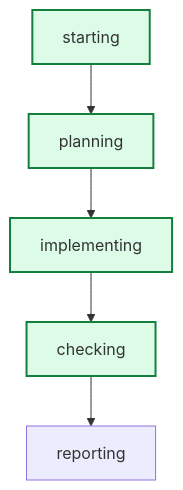
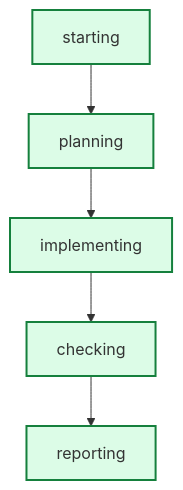
One commit to daniell0gda/hermes-feature-check-dashboard changed the diagram in latest/graph.mmd. Above: the diagram before and after it, drawn with Mermaid. The commit also changed 15 other files, not shown here.

```diff
--- a/latest/graph.mmd
+++ b/latest/graph.mmd
@@ -1,13 +1,14 @@
 graph TD
     starting --> planning
     planning --> implementing
     implementing --> checking
     checking --> reporting
 
 classDef done fill:#dcfce7,stroke:#15803d,stroke-width:2px;
 classDef active fill:#dbeafe,stroke:#2563eb,stroke-width:3px;
 classDef failed fill:#fee2e2,stroke:#b42318,stroke-width:2px;
 class planning done;
+class implementing done;
 class checking done;
-class implementing done;
 class starting done;
+class reporting done;
```
